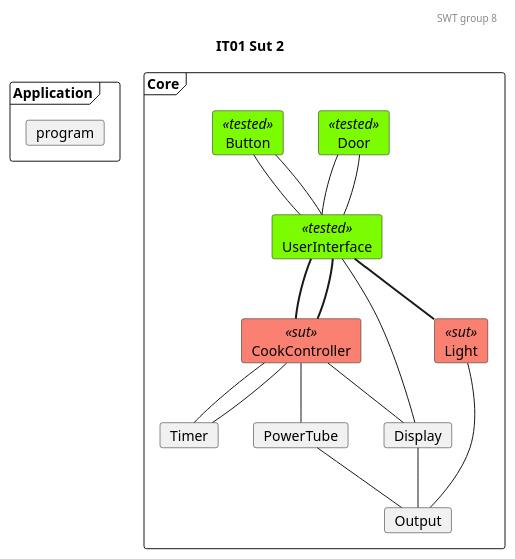
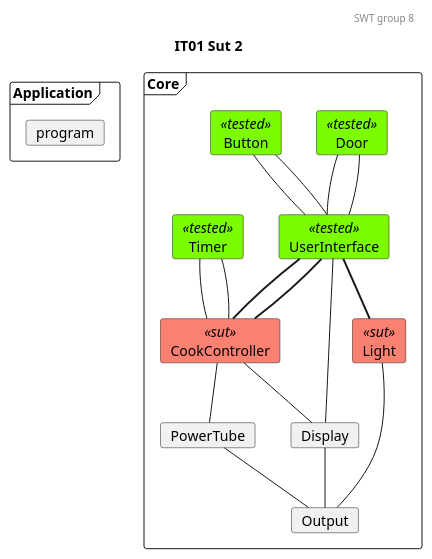
The diagram in docs/SysTestTree2.plantuml (mikkel-ol/I4SWT-MicrowaveOven), drawn with PlantUML before and after one commit. The commit also changed 8 other files, not shown here.

```diff
--- a/docs/SysTestTree2.plantuml
+++ b/docs/SysTestTree2.plantuml
@@ -1,74 +1,75 @@
 @startuml IT02-Sut
 
 'Testing colors:
 skinparam card {
     backgroundColor<<tested>> lawngreen
     backgroundColor<<sut>> salmon
     backgroundColor<<test>> salmon
     backgroundColor<<fake>> gold
 }
 
 header SWT group 8
 title IT01 Sut 2
 
 frame Application {
     card program
 }
 
 frame Core {
 '0.
     card Door<<tested>>
     card Button<<tested>>
+    card Timer<<tested>>
 
 '1.
     card UserInterface<<tested>>
 
 '2.
     card CookController<<sut>>
     card Light<<sut>>
 
 '3.
-    card Timer
     card PowerTube
     card Display
 
 '4 
     card Output
 
 'Relations projects
 ' 0. to 1.
 Door -- UserInterface
 Door -- UserInterface
 
 Button -- UserInterface
 Button -- UserInterface
 
 
 'Relations CookController:
 '1.
 UserInterface -[thickness=2]- CookController
 UserInterface -[thickness=2]- CookController
 
 '1. to 3.
 'Door -[thickness=2]- CookController
 
+Timer -- CookController
+Timer -- CookController
+
 
 CookController -- PowerTube
 
 '1. to 2.
 UserInterface -- Display
 UserInterface -[thickness=2]- Light
 CookController -- Display
 
-CookController -- Timer
-CookController -- Timer 
 
 
 ' Relations 2. to 3.
 Light -- Output
 Display -- Output
 PowerTube -- Output
 
 
 
 @enduml
```
